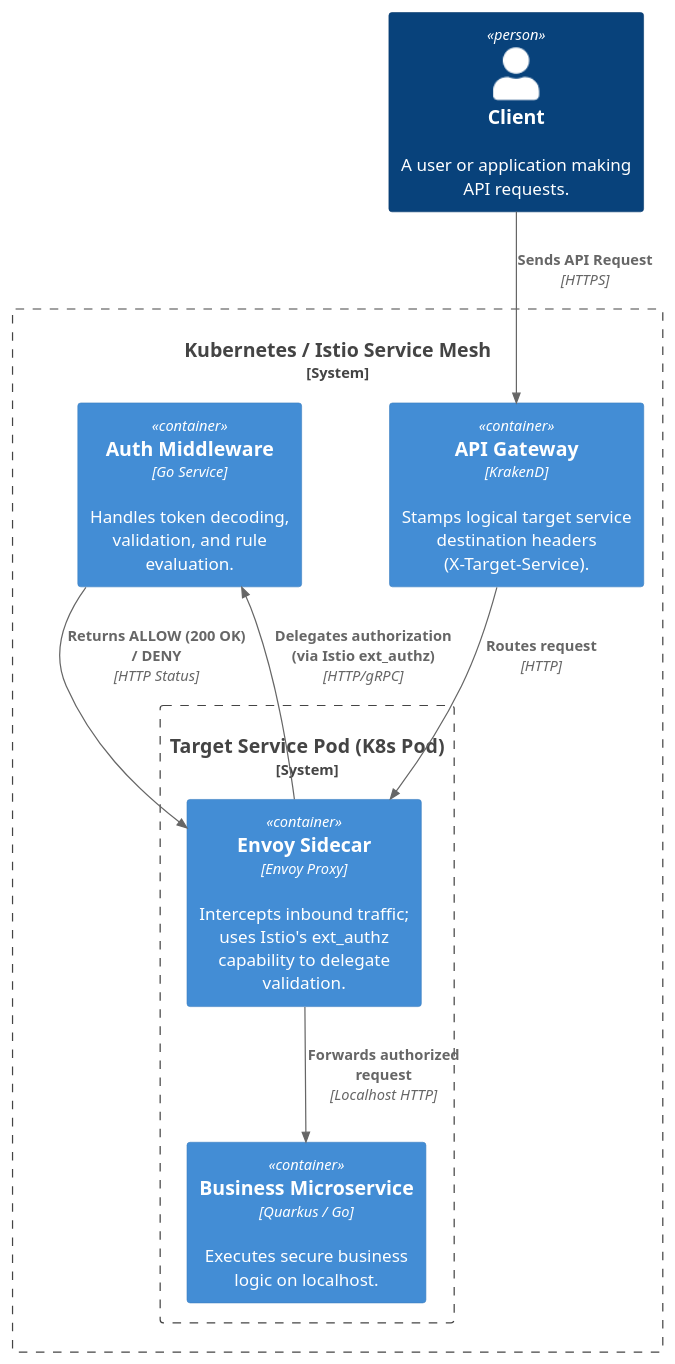
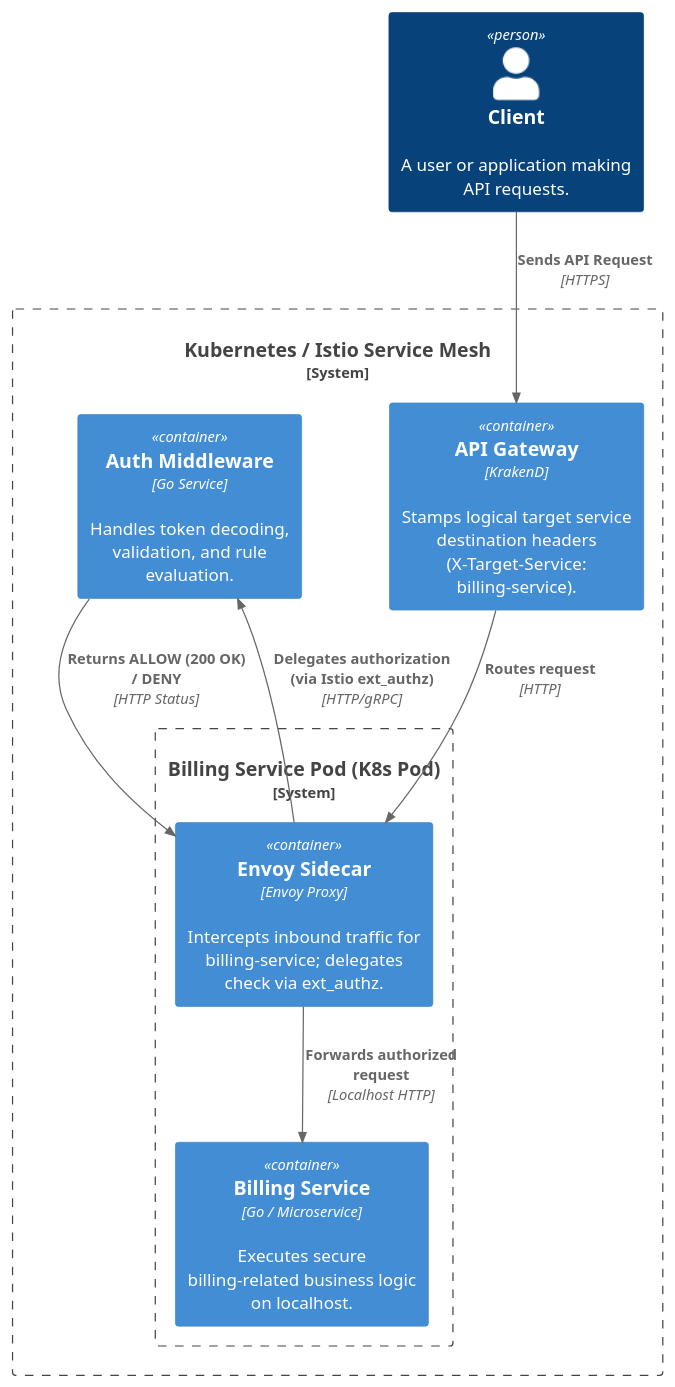
Before and after one commit to kiquetal/kiquetal.github.io: the diagram in public/blog/2026-08-08-auth-ext-middleware/c2-container.puml, drawn with PlantUML. The commit also changed 2 other files, not shown here.

Commit message:
feat: update C4 diagrams for billing service with detailed components and roles

```diff
--- a/public/blog/2026-08-08-auth-ext-middleware/c2-container.puml
+++ b/public/blog/2026-08-08-auth-ext-middleware/c2-container.puml
@@ -1,23 +1,23 @@
 @startuml
 !includeurl https://raw.githubusercontent.com/RicardoNiepel/C4-PlantUML/release/1-0/C4_Container.puml
 
 Person(client, "Client", "A user or application making API requests.")
 
 System_Boundary(mesh, "Kubernetes / Istio Service Mesh") {
-    Container(gateway, "API Gateway", "KrakenD", "Stamps logical target service destination headers (X-Target-Service).")
-
-    System_Boundary(pod, "Target Service Pod (K8s Pod)") {
-        Container(sidecar, "Envoy Sidecar", "Envoy Proxy", "Intercepts inbound traffic; uses Istio's ext_authz capability to delegate validation.")
-        Container(backend, "Business Microservice", "Quarkus / Go", "Executes secure business logic on localhost.")
+    Container(gateway, "API Gateway", "KrakenD", "Stamps logical target service destination headers (X-Target-Service: billing-service).")
+    
+    System_Boundary(pod, "Billing Service Pod (K8s Pod)") {
+        Container(sidecar, "Envoy Sidecar", "Envoy Proxy", "Intercepts inbound traffic for billing-service; delegates check via ext_authz.")
+        Container(backend, "Billing Service", "Go / Microservice", "Executes secure billing-related business logic on localhost.")
     }
-
+    
     Container(middleware, "Auth Middleware", "Go Service", "Handles token decoding, validation, and rule evaluation.")
 }
 
 Rel(client, gateway, "Sends API Request", "HTTPS")
 Rel(gateway, sidecar, "Routes request", "HTTP")
 Rel(sidecar, middleware, "Delegates authorization (via Istio ext_authz)", "HTTP/gRPC")
 Rel(middleware, sidecar, "Returns ALLOW (200 OK) / DENY", "HTTP Status")
 Rel(sidecar, backend, "Forwards authorized request", "Localhost HTTP")
 
 @enduml
```
